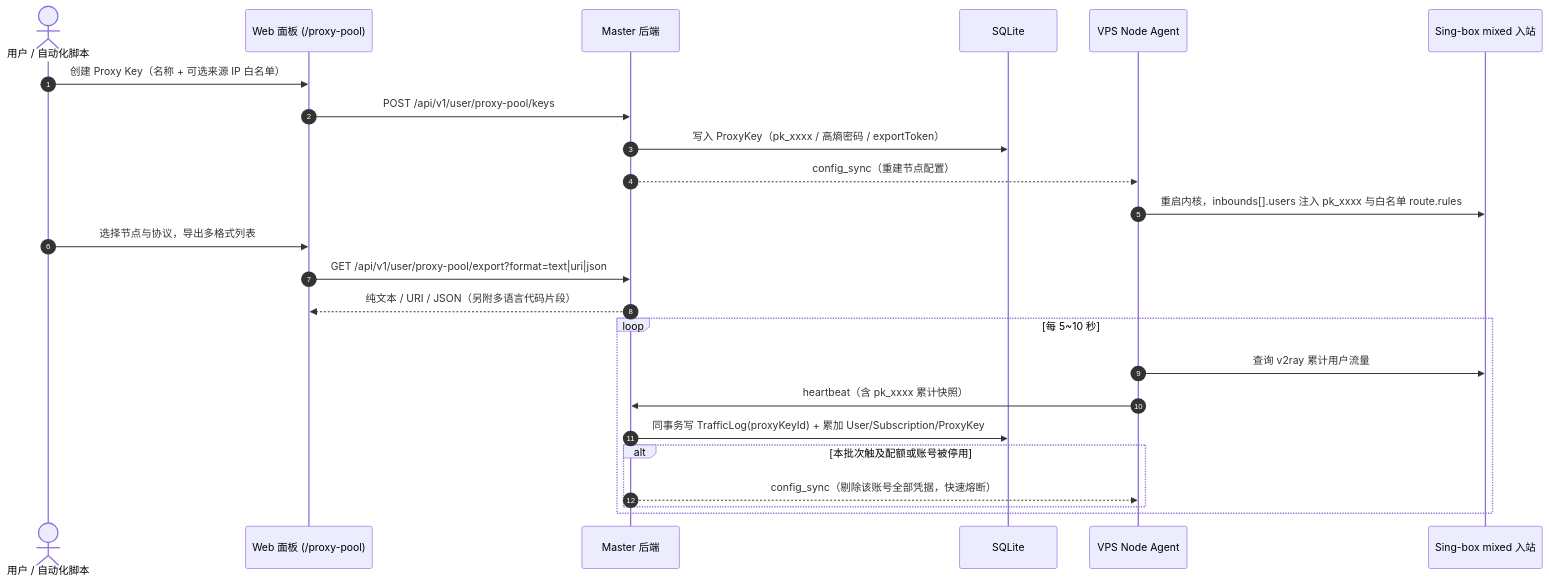
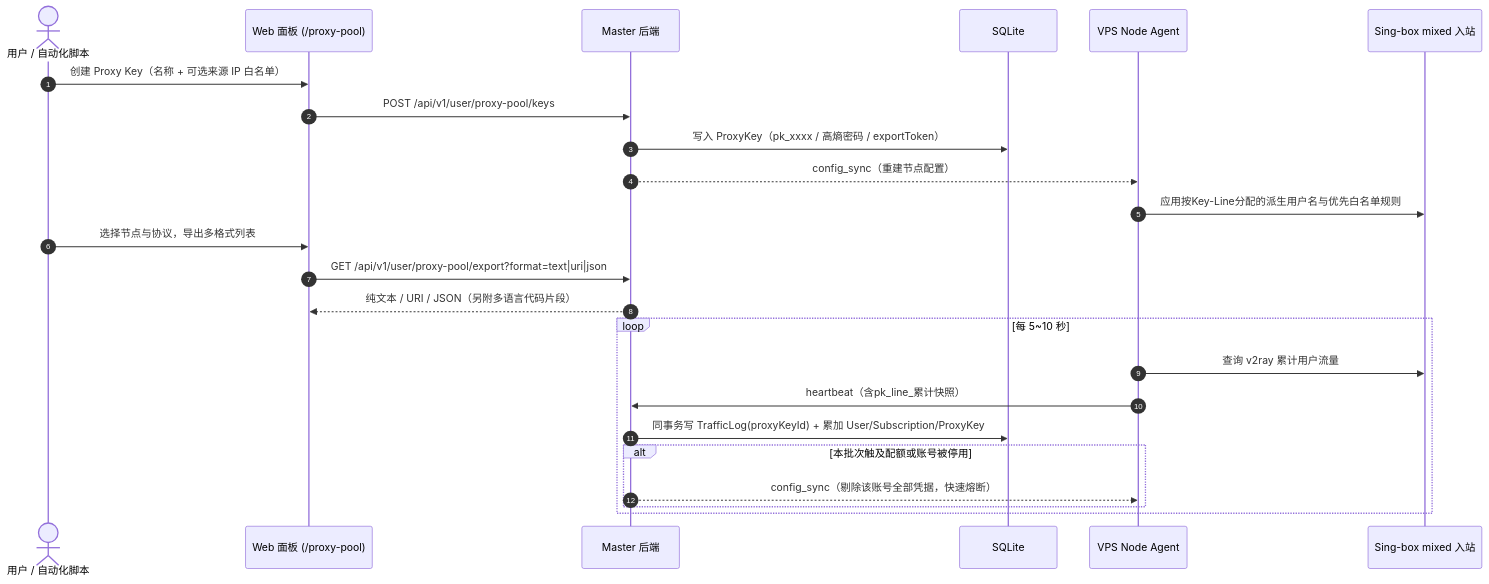
Before and after one commit to 2CHariko/riricloud: the seventh of 7 diagrams in docs/ARCHITECTURE.md, drawn with Mermaid. The commit also changed other lines of this file and 223 other files, not shown here.

````diff
--- a/docs/ARCHITECTURE.md
+++ b/docs/ARCHITECTURE.md
@@ -333,29 +341,29 @@
 ```mermaid
 sequenceDiagram
     autonumber
     actor User as 用户 / 自动化脚本
     participant Web as Web 面板 (/proxy-pool)
     participant Master as Master 后端
     participant DB as SQLite
     participant Agent as VPS Node Agent
     participant Singbox as Sing-box mixed 入站
 
     User->>Web: 创建 Proxy Key（名称 + 可选来源 IP 白名单）
     Web->>Master: POST /api/v1/user/proxy-pool/keys
     Master->>DB: 写入 ProxyKey（pk_xxxx / 高熵密码 / exportToken）
     Master-->>Agent: config_sync（重建节点配置）
-    Agent->>Singbox: 重启内核，inbounds[].users 注入 pk_xxxx 与白名单 route.rules
+    Agent->>Singbox: 应用按Key-Line分配的派生用户名与优先白名单规则
 
     User->>Web: 选择节点与协议，导出多格式列表
     Web->>Master: GET /api/v1/user/proxy-pool/export?format=text|uri|json
     Master-->>Web: 纯文本 / URI / JSON（另附多语言代码片段）
 
     loop 每 5~10 秒
         Agent->>Singbox: 查询 v2ray 累计用户流量
-        Agent->>Master: heartbeat（含 pk_xxxx 累计快照）
+        Agent->>Master: heartbeat（含pk_line_累计快照）
         Master->>DB: 同事务写 TrafficLog(proxyKeyId) + 累加 User/Subscription/ProxyKey
         alt 本批次触及配额或账号被停用
             Master-->>Agent: config_sync（剔除该账号全部凭据，快速熔断）
         end
     end
 ```
````
